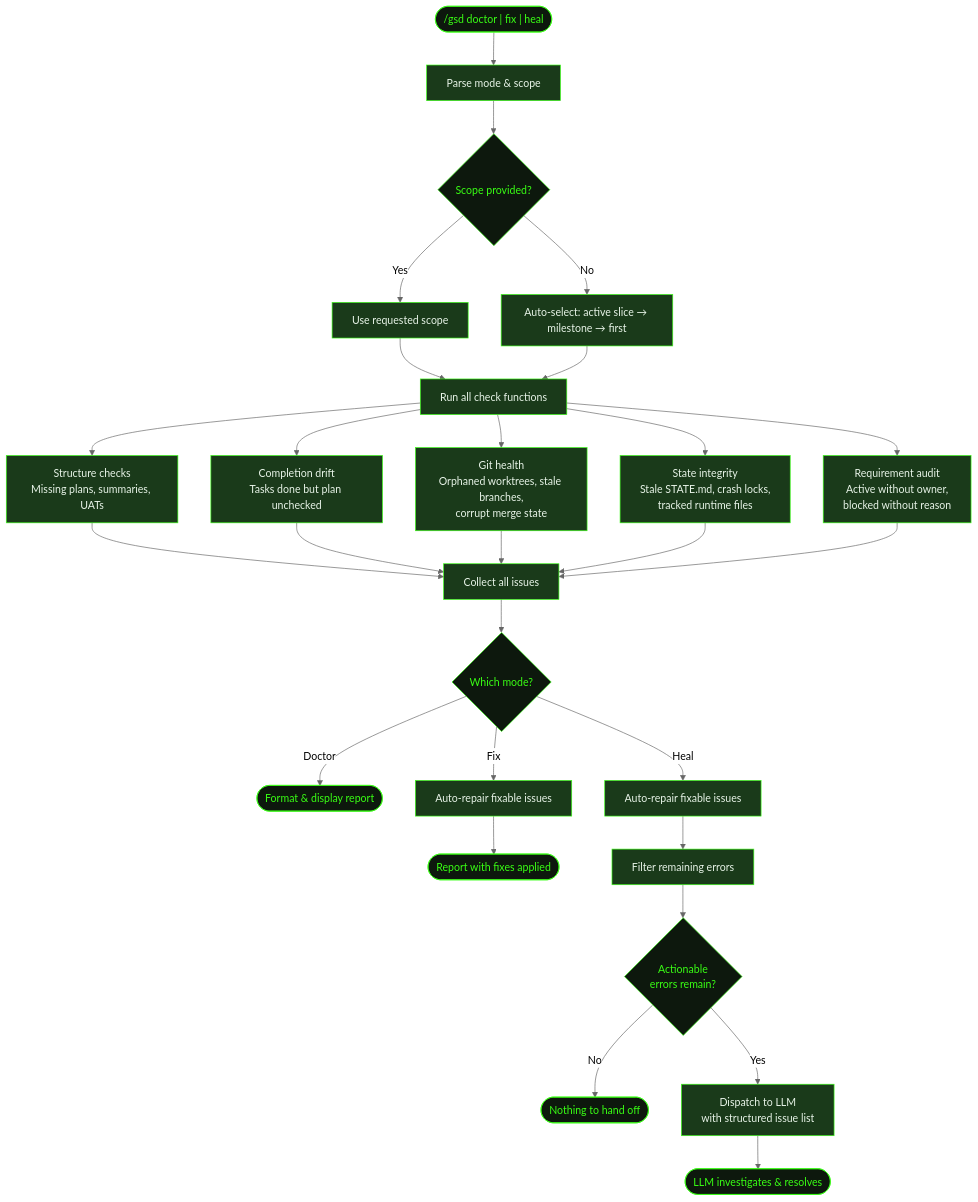
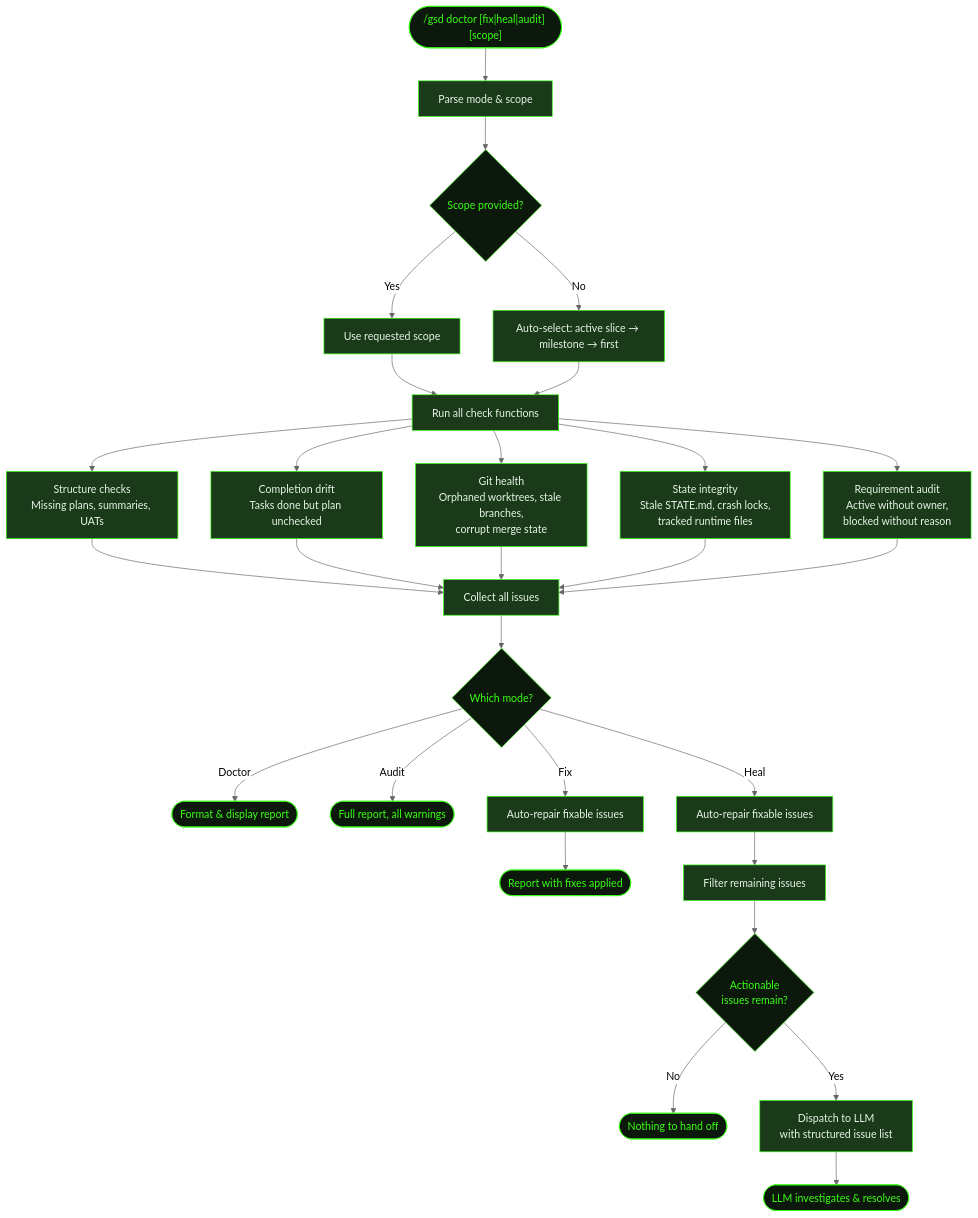
One commit to shusha-group/gsd2-guide changed the diagram in src/content/docs/commands/doctor.mdx. Above: the diagram before and after it, drawn with Mermaid (neutral theme). The commit also changed other lines of this file and 49 other files, not shown here.

````diff
--- a/src/content/docs/commands/doctor.mdx
+++ b/src/content/docs/commands/doctor.mdx
@@ -32,55 +35,57 @@
 ```mermaid
 flowchart TD
-    Start(["/gsd doctor | fix | heal"]) --> Parse[Parse mode & scope]
+    Start(["/gsd doctor [fix|heal|audit] [scope]"]) --> Parse[Parse mode & scope]
     Parse --> Scope{Scope provided?}
     Scope -->|Yes| Use[Use requested scope]
     Scope -->|No| Auto[Auto-select: active slice → milestone → first]
     Use --> Scan
     Auto --> Scan
 
     Scan[Run all check functions] --> Struct[Structure checks<br/>Missing plans, summaries, UATs]
     Scan --> Completion[Completion drift<br/>Tasks done but plan unchecked]
     Scan --> Git[Git health<br/>Orphaned worktrees, stale branches,<br/>corrupt merge state]
     Scan --> State[State integrity<br/>Stale STATE.md, crash locks,<br/>tracked runtime files]
     Scan --> Requirements[Requirement audit<br/>Active without owner,<br/>blocked without reason]
 
     Struct --> Collect[Collect all issues]
     Completion --> Collect
     Git --> Collect
     State --> Collect
     Requirements --> Collect
 
     Collect --> Mode{Which mode?}
     Mode -->|Doctor| Report([Format & display report])
+    Mode -->|Audit| Audit([Full report, all warnings])
     Mode -->|Fix| Fix[Auto-repair fixable issues]
     Fix --> Report2([Report with fixes applied])
     Mode -->|Heal| Fix2[Auto-repair fixable issues]
-    Fix2 --> Filter[Filter remaining errors]
-    Filter --> HasErrors{Actionable<br/>errors remain?}
+    Fix2 --> Filter[Filter remaining issues]
+    Filter --> HasErrors{Actionable<br/>issues remain?}
     HasErrors -->|No| Done([Nothing to hand off])
     HasErrors -->|Yes| Dispatch[Dispatch to LLM<br/>with structured issue list]
     Dispatch --> LLM([LLM investigates & resolves])
 
     style Start fill:#0d180d,stroke:#39ff14,color:#39ff14
     style Scope fill:#0d180d,stroke:#39ff14,color:#39ff14
     style Mode fill:#0d180d,stroke:#39ff14,color:#39ff14
     style HasErrors fill:#0d180d,stroke:#39ff14,color:#39ff14
     style Parse fill:#1a3a1a,stroke:#39ff14,color:#e8f4e8
     style Use fill:#1a3a1a,stroke:#39ff14,color:#e8f4e8
     style Auto fill:#1a3a1a,stroke:#39ff14,color:#e8f4e8
     style Scan fill:#1a3a1a,stroke:#39ff14,color:#e8f4e8
     style Struct fill:#1a3a1a,stroke:#39ff14,color:#e8f4e8
     style Completion fill:#1a3a1a,stroke:#39ff14,color:#e8f4e8
     style Git fill:#1a3a1a,stroke:#39ff14,color:#e8f4e8
     style State fill:#1a3a1a,stroke:#39ff14,color:#e8f4e8
     style Requirements fill:#1a3a1a,stroke:#39ff14,color:#e8f4e8
     style Collect fill:#1a3a1a,stroke:#39ff14,color:#e8f4e8
     style Fix fill:#1a3a1a,stroke:#39ff14,color:#e8f4e8
     style Fix2 fill:#1a3a1a,stroke:#39ff14,color:#e8f4e8
     style Filter fill:#1a3a1a,stroke:#39ff14,color:#e8f4e8
     style Dispatch fill:#1a3a1a,stroke:#39ff14,color:#e8f4e8
     style Report fill:#0d180d,stroke:#39ff14,color:#39ff14
+    style Audit fill:#0d180d,stroke:#39ff14,color:#39ff14
     style Report2 fill:#0d180d,stroke:#39ff14,color:#39ff14
     style Done fill:#0d180d,stroke:#39ff14,color:#39ff14
     style LLM fill:#0d180d,stroke:#39ff14,color:#39ff14
 ```
````
